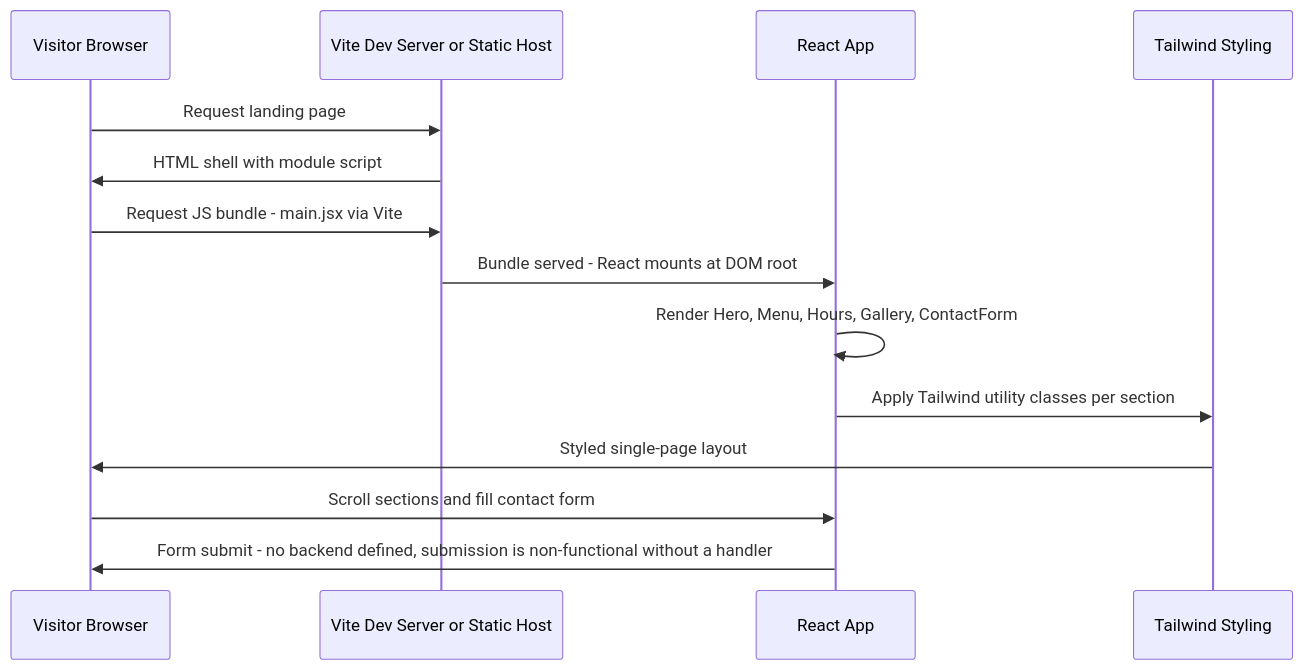
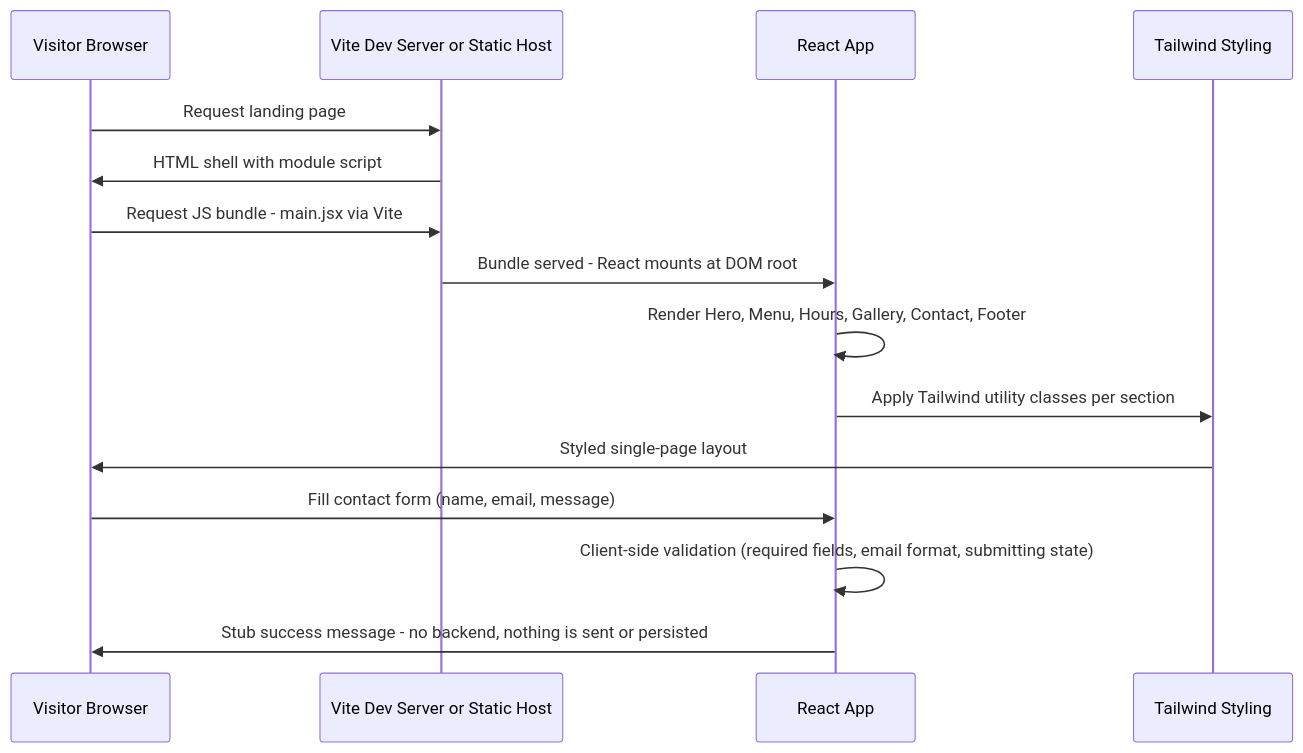
Before and after one commit to pinkesh-prajapati/demo-coffee-shop-9k2f: the second of 2 diagrams in docs/architecture.md, drawn with Mermaid. The commit also changed other lines of this file and 7 other files, not shown here.

````diff
--- a/docs/architecture.md
+++ b/docs/architecture.md
@@ -61,17 +66,18 @@
 ```mermaid
 sequenceDiagram
     participant V as Visitor Browser
     participant S as Vite Dev Server or Static Host
     participant R as React App
     participant T as Tailwind Styling
 
     V->>S: Request landing page
     S->>V: HTML shell with module script
     V->>S: Request JS bundle - main.jsx via Vite
     S->>R: Bundle served - React mounts at DOM root
-    R->>R: Render Hero, Menu, Hours, Gallery, ContactForm
+    R->>R: Render Hero, Menu, Hours, Gallery, Contact, Footer
     R->>T: Apply Tailwind utility classes per section
     T->>V: Styled single-page layout
-    V->>R: Scroll sections and fill contact form
-    R->>V: Form submit - no backend defined, submission is non-functional without a handler
+    V->>R: Fill contact form (name, email, message)
+    R->>R: Client-side validation (required fields, email format, submitting state)
+    R->>V: Stub success message - no backend, nothing is sent or persisted
 ```
````
